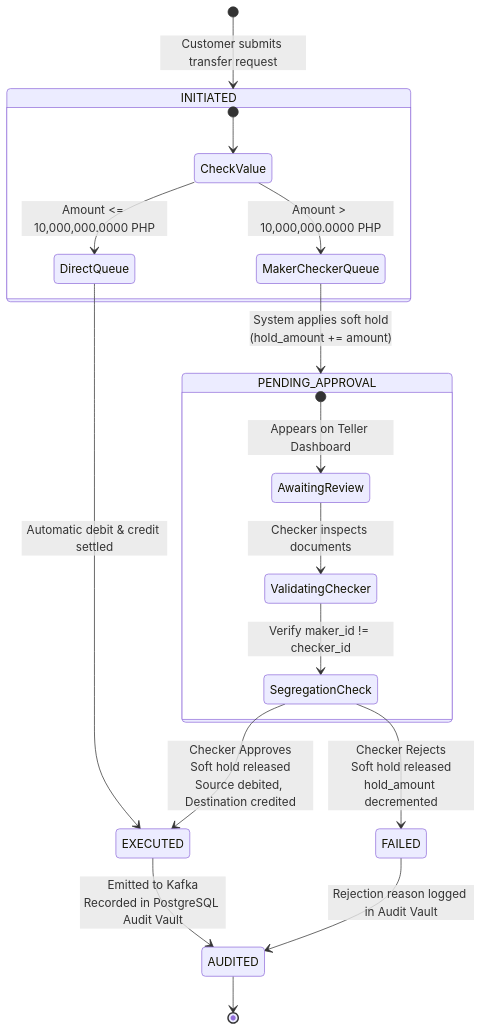
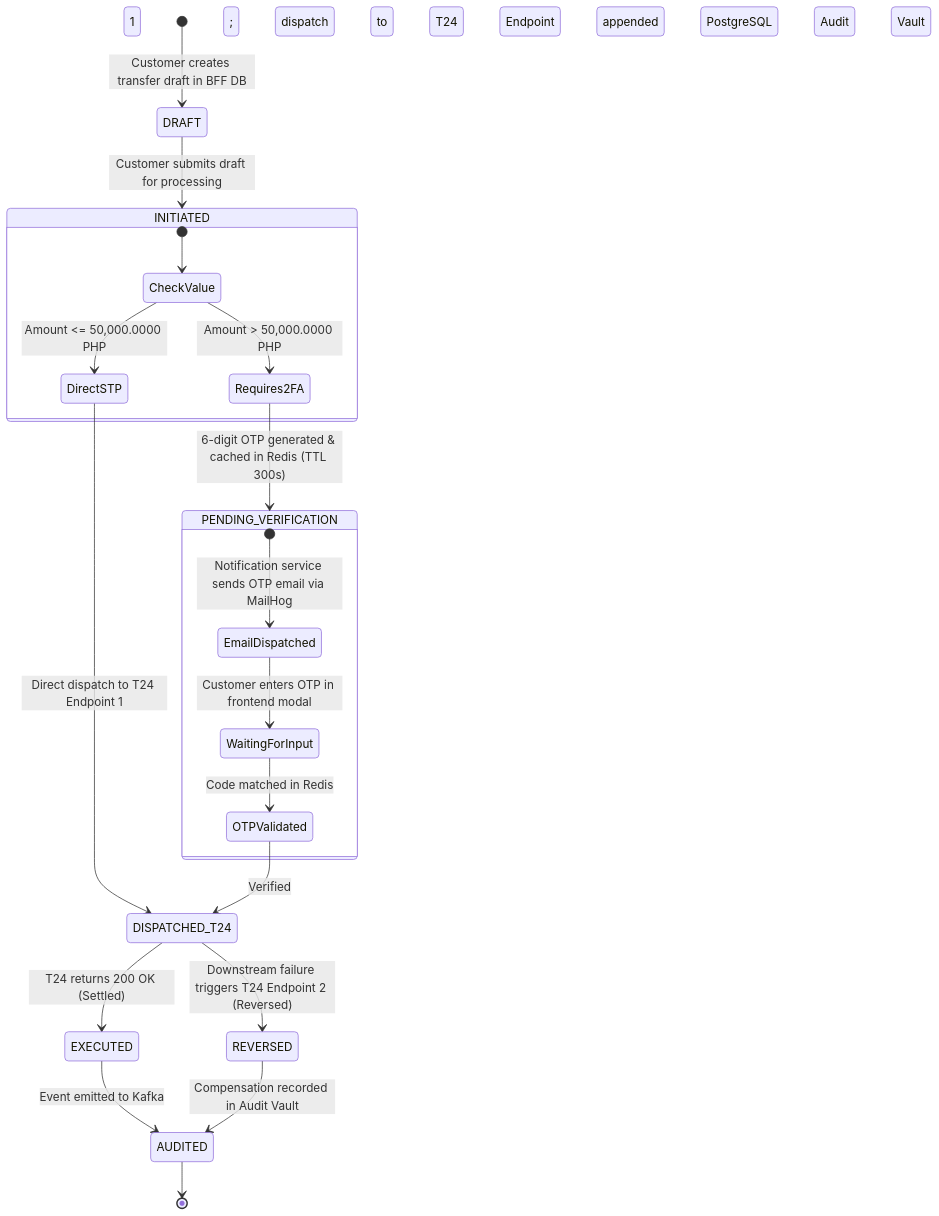
One commit to jmbilbao25/group3_fse_capstone changed the sixth of 7 diagrams in ARCHITECTURE_DIAGRAMS.md. Above: the diagram before and after it, drawn with Mermaid. The commit also changed other lines of this file, not shown here.

Commit message:
docs: update architecture diagrams with database separation and c1-c4 details

````diff
--- a/ARCHITECTURE_DIAGRAMS.md
+++ b/ARCHITECTURE_DIAGRAMS.md
@@ -344,30 +321,33 @@
 ```mermaid
 stateDiagram-v2
-    [*] --> INITIATED: Customer submits transfer request
+    [*] --> DRAFT: Customer creates transfer draft in BFF DB
+
+    DRAFT --> INITIATED: Customer submits draft for processing
 
     state INITIATED {
         [*] --> CheckValue
-        CheckValue --> DirectQueue: Amount <= 10,000,000.0000 PHP
-        CheckValue --> MakerCheckerQueue: Amount > 10,000,000.0000 PHP
+        CheckValue --> DirectSTP: Amount <= 50,000.0000 PHP
+        CheckValue --> Requires2FA: Amount > 50,000.0000 PHP
     }
 
-    DirectQueue --> EXECUTED: Automatic debit & credit settled
+    DirectSTP --> DISPATCHED_T24: Direct dispatch to T24 Endpoint 1
 
-    MakerCheckerQueue --> PENDING_APPROVAL: System applies soft hold<br/>(hold_amount += amount)
+    Requires2FA --> PENDING_VERIFICATION: 6-digit OTP generated & cached in Redis (TTL 300s)
 
-    state PENDING_APPROVAL {
-        [*] --> AwaitingReview: Appears on Teller Dashboard
-        AwaitingReview --> ValidatingChecker: Checker inspects documents
-        ValidatingChecker --> SegregationCheck: Verify maker_id != checker_id
+    state PENDING_VERIFICATION {
+        [*] --> EmailDispatched: Notification service sends OTP email via MailHog
+        EmailDispatched --> WaitingForInput: Customer enters OTP in frontend modal
+        WaitingForInput --> OTPValidated: Code matched in Redis
     }
 
-    SegregationCheck --> EXECUTED: Checker Approves<br/>Soft hold released<br/>Source debited, Destination credited
+    OTPValidated --> DISPATCHED_T24: Verified; dispatch to T24 Endpoint 1
 
-    SegregationCheck --> FAILED: Checker Rejects<br/>Soft hold released<br/>hold_amount decremented
+    DISPATCHED_T24 --> EXECUTED: T24 returns 200 OK (Settled)
 
-    EXECUTED --> AUDITED: Emitted to Kafka<br/>Recorded in PostgreSQL Audit Vault
+    DISPATCHED_T24 --> REVERSED: Downstream failure triggers T24 Endpoint 2 (Reversed)
 
-    FAILED --> AUDITED: Rejection reason logged in Audit Vault
+    EXECUTED --> AUDITED: Event emitted to Kafka; appended to PostgreSQL Audit Vault
+    REVERSED --> AUDITED: Compensation recorded in Audit Vault
 
     AUDITED --> [*]
 ```
````
